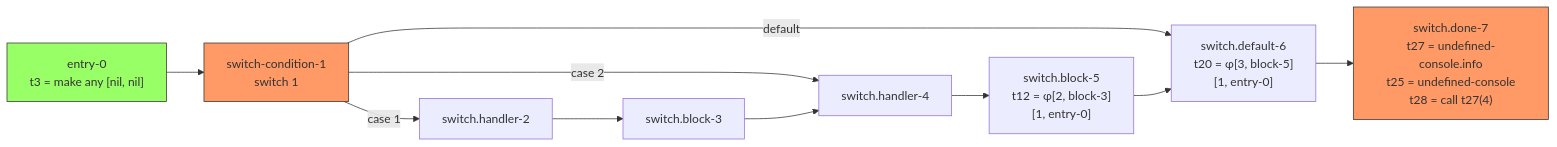
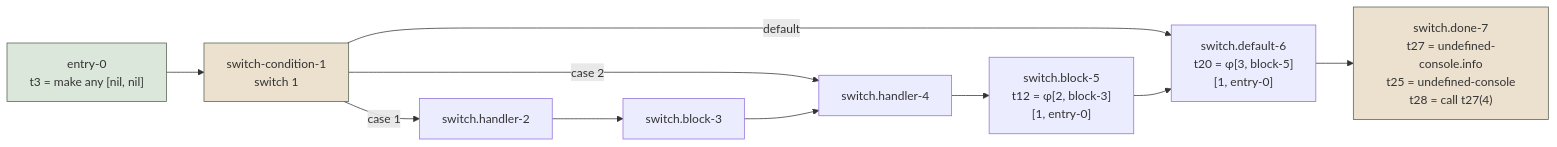
Diagram 17 of 22 in static-analysis-guide/ssa-for-advanced-language.mdx (yaklang/ssa.to), drawn with Mermaid before and after one commit. The commit also changed other lines of this file and 91 other files, not shown here.

````diff
--- a/static-analysis-guide/ssa-for-advanced-language.mdx
+++ b/static-analysis-guide/ssa-for-advanced-language.mdx
@@ -1743,22 +1751,22 @@
 ```mermaid
 graph LR
     Entry["entry-0<br/>t3 = make any [nil, nil]"] --> Switch["switch-condition-1<br/>switch 1"]
     
     Switch -->|"case 1"| Handler1["switch.handler-2"]
     Switch -->|"case 2"| Handler2["switch.handler-4"]
     Switch -->|"default"| Default["switch.default-6<br/>t20 = φ[3, block-5]<br/>[1, entry-0]"]
     
     Handler1 --> Block1["switch.block-3"]
     Block1 --> Handler2
     
     Handler2 --> Block2["switch.block-5<br/>t12 = φ[2, block-3]<br/>[1, entry-0]"]
     
     Block2 --> Default
     
     Default --> Done["switch.done-7<br/>t27 = undefined-console.info<br/>t25 = undefined-console<br/>t28 = call t27(4)"]
     
-    style Entry fill:#9f6,stroke:#333
-    style Switch fill:#f96,stroke:#333
-    style Done fill:#f96,stroke:#333
+    style Entry fill:#dce7dc,stroke:#52604c
+    style Switch fill:#ece0cf,stroke:#52604c
+    style Done fill:#ece0cf,stroke:#52604c
 
 ```
````
